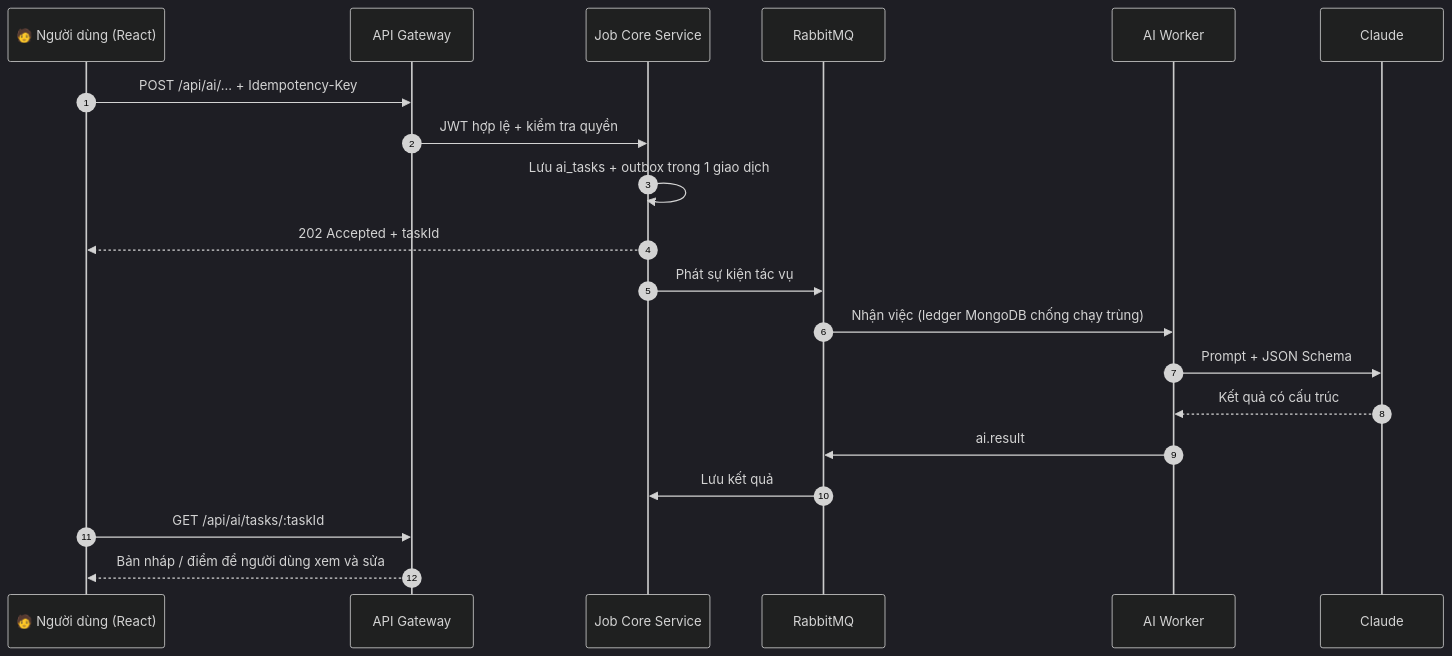
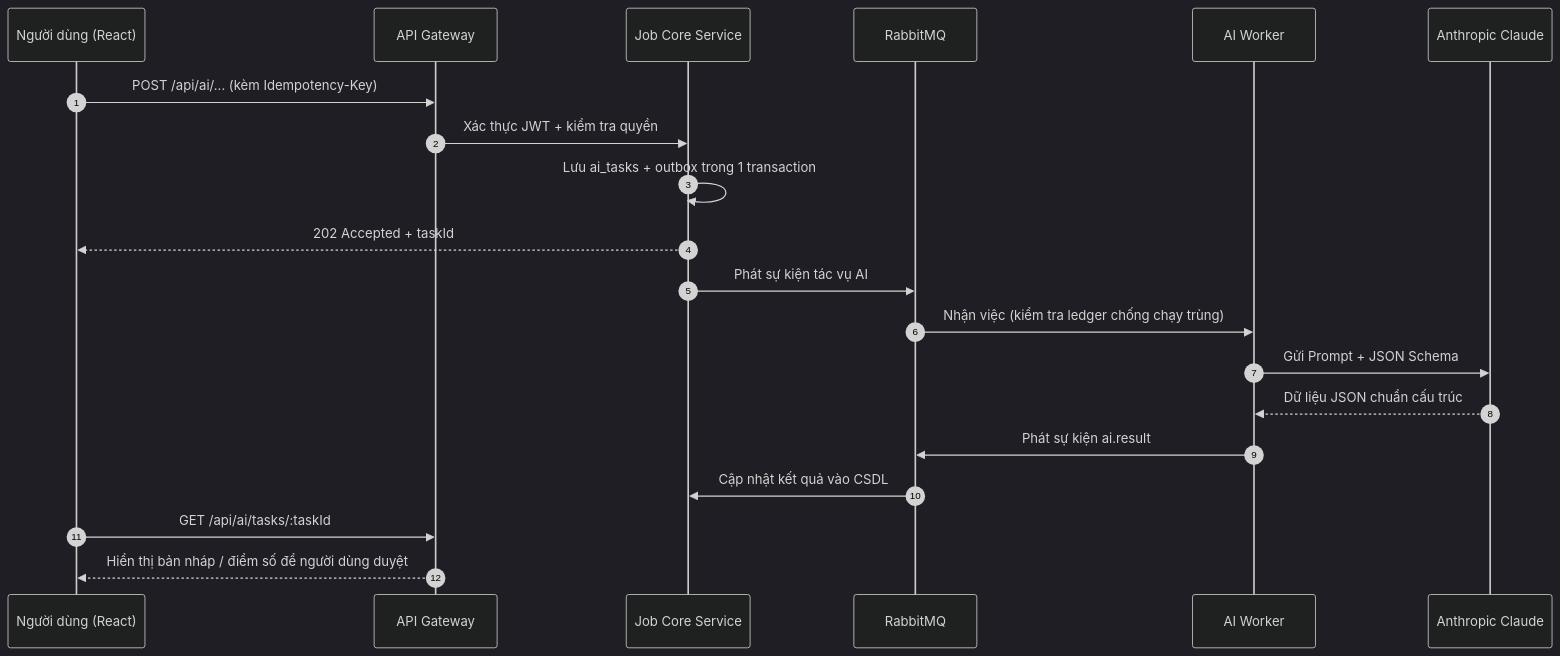
The first of 2 diagrams in README.md (nguyentuanthien2384/DALN_JobFind), drawn with Mermaid (dark theme) before and after one commit. The commit also changed other lines of this file and 20 other files, not shown here.

````diff
--- a/README.md
+++ b/README.md
@@ -185,22 +240,22 @@
 ```mermaid
 sequenceDiagram
     autonumber
-    participant U as 🧑 Người dùng (React)
+    participant U as Người dùng (React)
     participant G as API Gateway
     participant J as Job Core Service
     participant Q as RabbitMQ
     participant W as AI Worker
-    participant C as Claude
-    U->>G: POST /api/ai/... + Idempotency-Key
-    G->>J: JWT hợp lệ + kiểm tra quyền
-    J->>J: Lưu ai_tasks + outbox trong 1 giao dịch
+    participant C as Anthropic Claude
+    U->>G: POST /api/ai/... (kèm Idempotency-Key)
+    G->>J: Xác thực JWT + kiểm tra quyền
+    J->>J: Lưu ai_tasks + outbox trong 1 transaction
     J-->>U: 202 Accepted + taskId
-    J->>Q: Phát sự kiện tác vụ
-    Q->>W: Nhận việc (ledger MongoDB chống chạy trùng)
-    W->>C: Prompt + JSON Schema
-    C-->>W: Kết quả có cấu trúc
-    W->>Q: ai.result
-    Q->>J: Lưu kết quả
+    J->>Q: Phát sự kiện tác vụ AI
+    Q->>W: Nhận việc (kiểm tra ledger chống chạy trùng)
+    W->>C: Gửi Prompt + JSON Schema
+    C-->>W: Dữ liệu JSON chuẩn cấu trúc
+    W->>Q: Phát sự kiện ai.result
+    Q->>J: Cập nhật kết quả vào CSDL
     U->>G: GET /api/ai/tasks/:taskId
-    G-->>U: Bản nháp / điểm để người dùng xem và sửa
+    G-->>U: Hiển thị bản nháp / điểm số để người dùng duyệt
 ```
````
